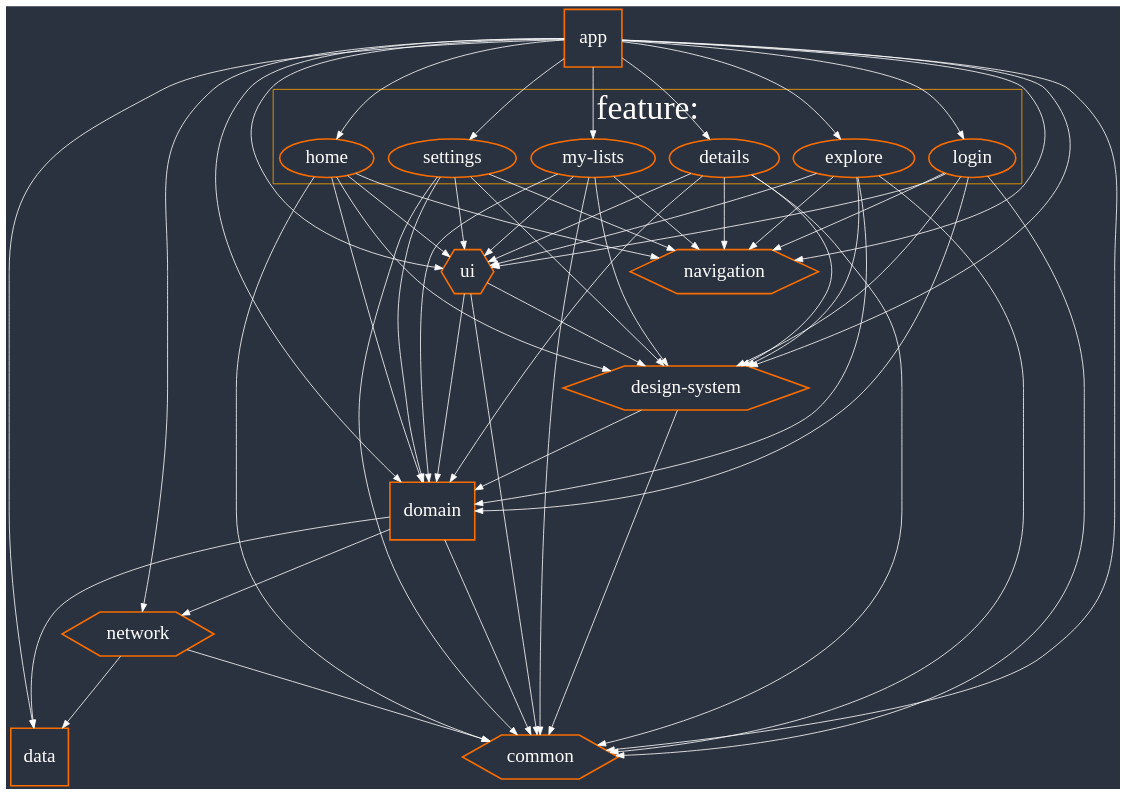
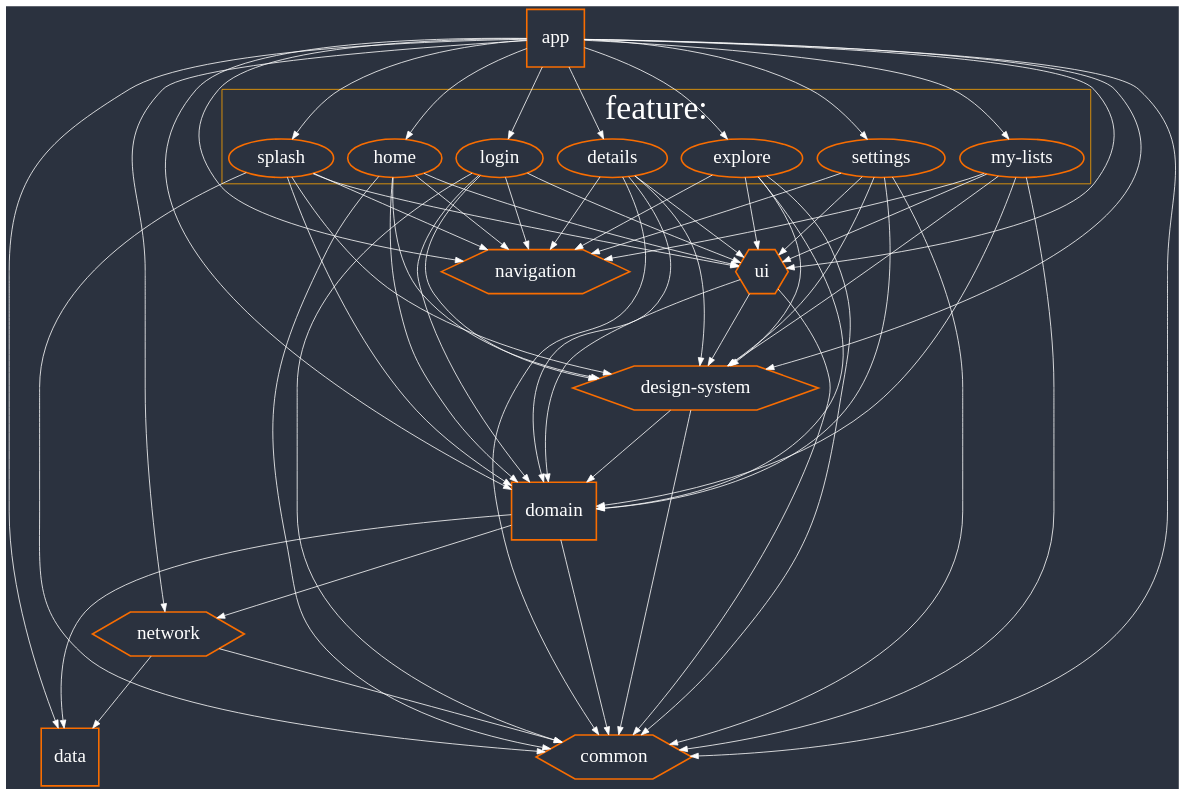
The diagram in tools/dependency-graph/project_digraph.dot (enesky/Doodle), drawn with Graphviz before and after one commit. The commit also changed 3 other files, not shown here.

```diff
--- a/tools/dependency-graph/project_digraph.dot
+++ b/tools/dependency-graph/project_digraph.dot
@@ -1,75 +1,81 @@
 digraph {
 
     // General settings
     graph [fontsize=42, ranksep=1.25, bgcolor="#2B323F", fontcolor=white];
     node [style=bold, color="#F96D00", fontsize=24, fontcolor=white];
     edge [color=white];
     rankdir=TB; # Top to bottom
 
     // Main module settings
     "app", "data", "domain" [shape=box, height="1", width="1"];
 
     // Helper module setters
     "common", "design-system", "ui", "network", "navigation" [shape=hexagon];
 
     subgraph cluster_feature {
         label="feature:";
         color=orange;
-        "login", "home", "details", "explore", "settings", "my-lists";
+        "login", "home", "details", "explore", "settings", "my-lists", "splash";
     }
 
     # Dependencies
     "app" -> "common"
     "app" -> "data"
     "app" -> "design-system"
     "app" -> "domain"
     "app" -> "network"
     "app" -> "navigation"
     "app" -> "ui"
     "app" -> "login"
     "app" -> "home"
     "app" -> "details"
     "app" -> "explore"
     "app" -> "my-lists"
     "app" -> "settings"
+    "app" -> "splash"
     "design-system" -> "common"
     "design-system" -> "domain"
     "domain" -> "common"
     "domain" -> "data"
     "domain" -> "network"
     "network" -> "common"
     "network" -> "data"
     "ui" -> "common"
     "ui" -> "domain"
     "ui" -> "design-system"
     "login" -> "domain"
     "login" -> "common"
     "login" -> "design-system"
     "login" -> "navigation"
     "login" -> "ui"
     "home" -> "domain"
     "home" -> "common"
     "home" -> "design-system"
     "home" -> "navigation"
     "home" -> "ui"
     "details" -> "domain"
     "details" -> "common"
     "details" -> "design-system"
     "details" -> "navigation"
     "details" -> "ui"
     "explore" -> "domain"
     "explore" -> "common"
     "explore" -> "design-system"
     "explore" -> "navigation"
     "explore" -> "ui"
     "my-lists" -> "domain"
     "my-lists" -> "common"
     "my-lists" -> "design-system"
     "my-lists" -> "navigation"
     "my-lists" -> "ui"
     "settings" -> "domain"
     "settings" -> "common"
     "settings" -> "design-system"
     "settings" -> "navigation"
     "settings" -> "ui"
+    "splash" -> "domain"
+    "splash" -> "common"
+    "splash" -> "design-system"
+    "splash" -> "navigation"
+    "splash" -> "ui"
 }
```
